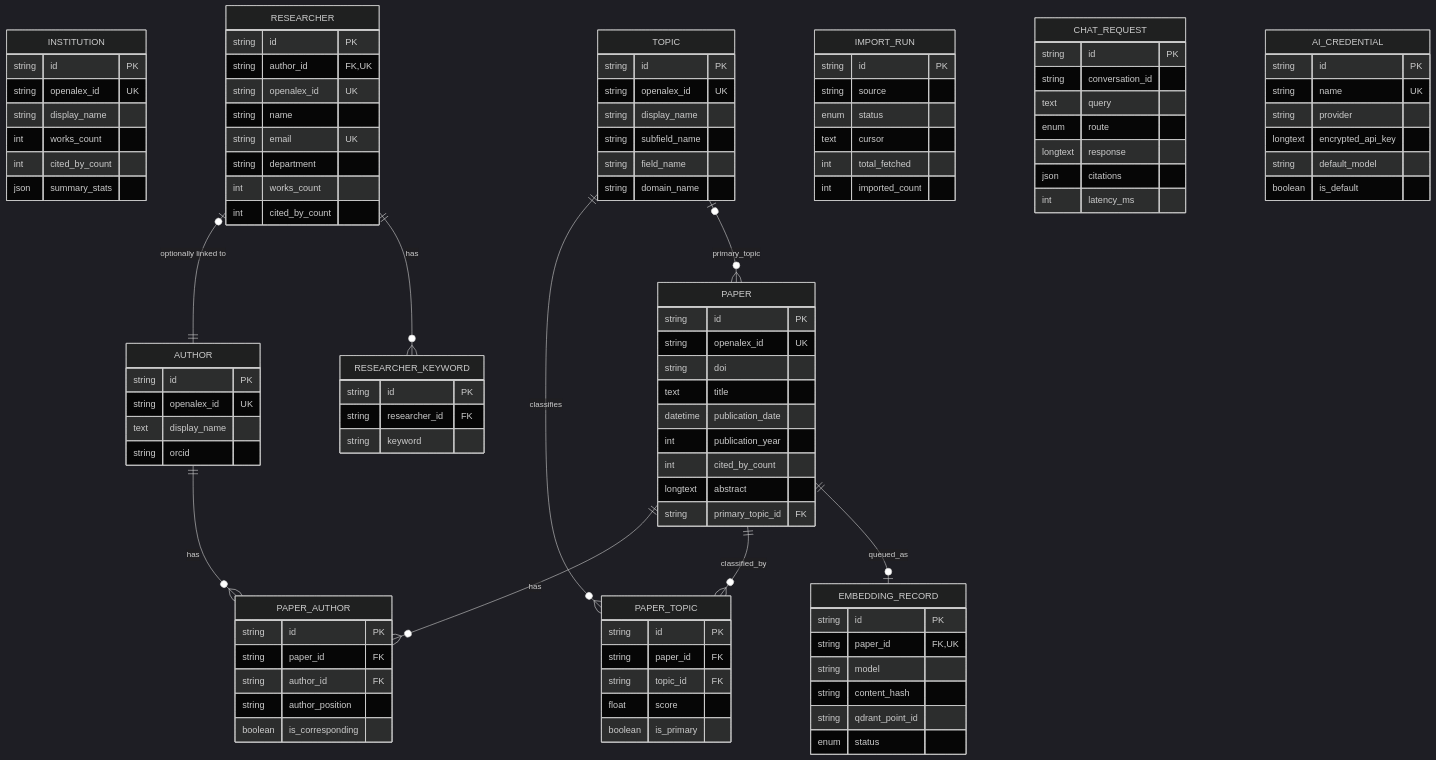
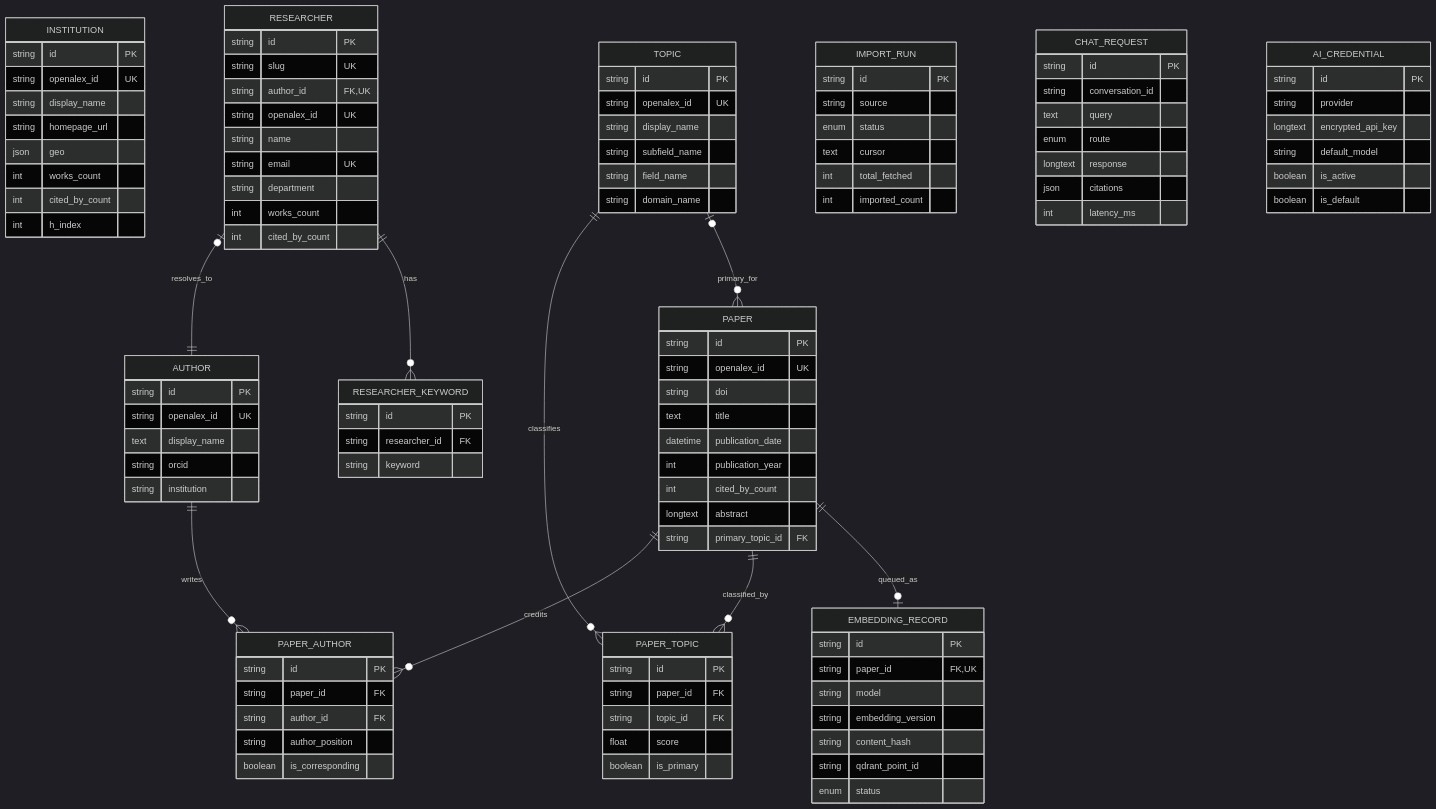
One commit to levanduc1907/research-portal changed the third of 13 diagrams in docs/system-architecture.md. Above: the diagram before and after it, drawn with Mermaid (dark theme). The commit also changed other lines of this file, not shown here.

Commit message:
docs: redraw system architecture

````diff
--- a/docs/system-architecture.md
+++ b/docs/system-architecture.md
@@ -172,13 +242,16 @@
         string id PK
         string openalex_id UK
         string display_name
+        string homepage_url
+        json geo
         int works_count
         int cited_by_count
-        json summary_stats
+        int h_index
     }
 
     RESEARCHER {
         string id PK
+        string slug UK
         string author_id FK, UK
         string openalex_id UK
         string name
@@ -193,6 +266,7 @@
         string openalex_id UK
         text display_name
         string orcid
+        string institution
     }
 
     PAPER {
@@ -242,6 +316,7 @@
         string id PK
         string paper_id FK, UK
         string model
+        string embedding_version
         string content_hash
         string qdrant_point_id
         enum status
@@ -268,19 +343,19 @@
 
     AI_CREDENTIAL {
         string id PK
-        string name UK
         string provider
         longtext encrypted_api_key
         string default_model
+        boolean is_active
         boolean is_default
     }
 
-    RESEARCHER o|--|| AUTHOR : "optionally linked to"
+    RESEARCHER o|--|| AUTHOR : resolves_to
     RESEARCHER ||--o{ RESEARCHER_KEYWORD : has
-    AUTHOR ||--o{ PAPER_AUTHOR : has
-    PAPER ||--o{ PAPER_AUTHOR : has
+    AUTHOR ||--o{ PAPER_AUTHOR : writes
+    PAPER ||--o{ PAPER_AUTHOR : credits
     PAPER ||--o{ PAPER_TOPIC : classified_by
     TOPIC ||--o{ PAPER_TOPIC : classifies
-    TOPIC o|--o{ PAPER : primary_topic
+    TOPIC o|--o{ PAPER : primary_for
     PAPER ||--o| EMBEDDING_RECORD : queued_as
 ```
````
